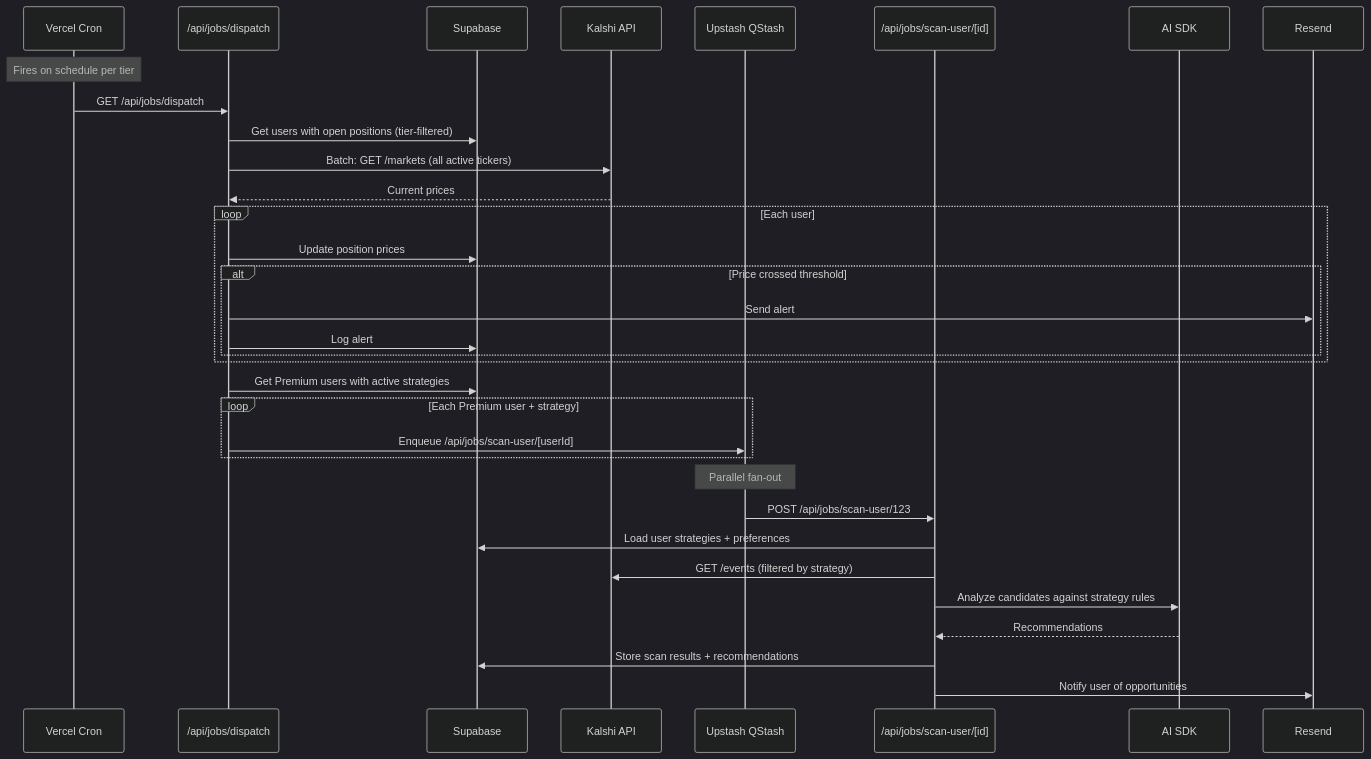
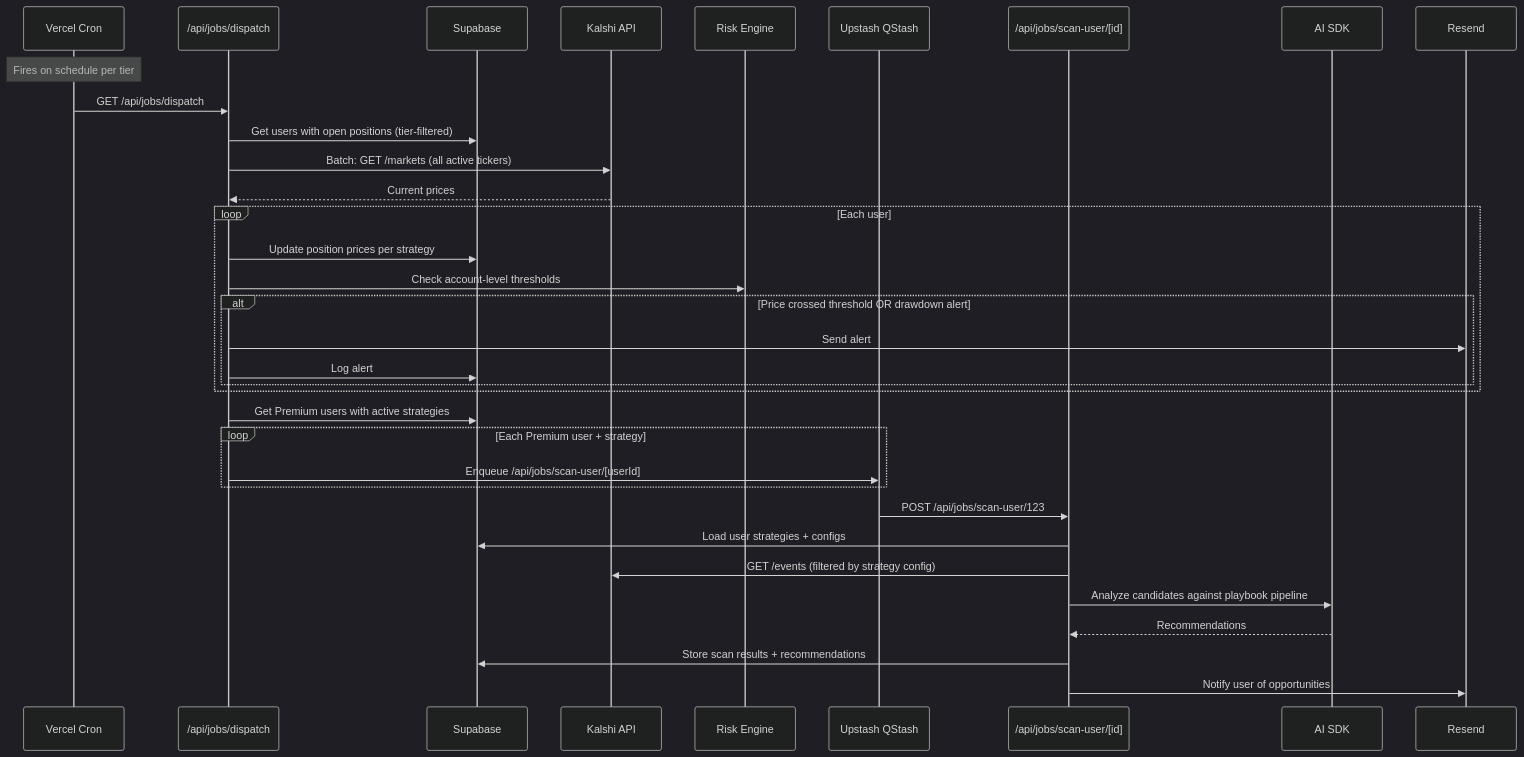
Before and after one commit to operator-auteng-ai/quantreno: the seventh of 12 diagrams in saas/docs/ARCH.md, drawn with Mermaid (dark theme). The commit also changed other lines of this file and 38 other files, not shown here.

First line of the commit message:
Product redesign: 6 playbooks, Strategy/Trade model, risk engine, compute architecture

````diff
--- a/saas/docs/ARCH.md
+++ b/saas/docs/ARCH.md
@@ -129,41 +310,41 @@
 ```mermaid
 sequenceDiagram
     participant Cron as Vercel Cron
     participant Dispatch as /api/jobs/dispatch
     participant DB as Supabase
     participant Kalshi as Kalshi API
+    participant Risk as Risk Engine
     participant QStash as Upstash QStash
     participant Scanner as /api/jobs/scan-user/[id]
     participant AI as AI SDK
     participant Email as Resend
 
     Note over Cron: Fires on schedule per tier
 
     Cron->>Dispatch: GET /api/jobs/dispatch
     Dispatch->>DB: Get users with open positions (tier-filtered)
     Dispatch->>Kalshi: Batch: GET /markets (all active tickers)
     Kalshi-->>Dispatch: Current prices
 
     loop Each user
-        Dispatch->>DB: Update position prices
-        alt Price crossed threshold
+        Dispatch->>DB: Update position prices per strategy
+        Dispatch->>Risk: Check account-level thresholds
+        alt Price crossed threshold OR drawdown alert
             Dispatch->>Email: Send alert
             Dispatch->>DB: Log alert
         end
     end
 
     Dispatch->>DB: Get Premium users with active strategies
     loop Each Premium user + strategy
         Dispatch->>QStash: Enqueue /api/jobs/scan-user/[userId]
     end
 
-    Note over QStash: Parallel fan-out
-
     QStash->>Scanner: POST /api/jobs/scan-user/123
-    Scanner->>DB: Load user strategies + preferences
-    Scanner->>Kalshi: GET /events (filtered by strategy)
-    Scanner->>AI: Analyze candidates against strategy rules
+    Scanner->>DB: Load user strategies + configs
+    Scanner->>Kalshi: GET /events (filtered by strategy config)
+    Scanner->>AI: Analyze candidates against playbook pipeline
     AI-->>Scanner: Recommendations
     Scanner->>DB: Store scan results + recommendations
     Scanner->>Email: Notify user of opportunities
 ```
````
